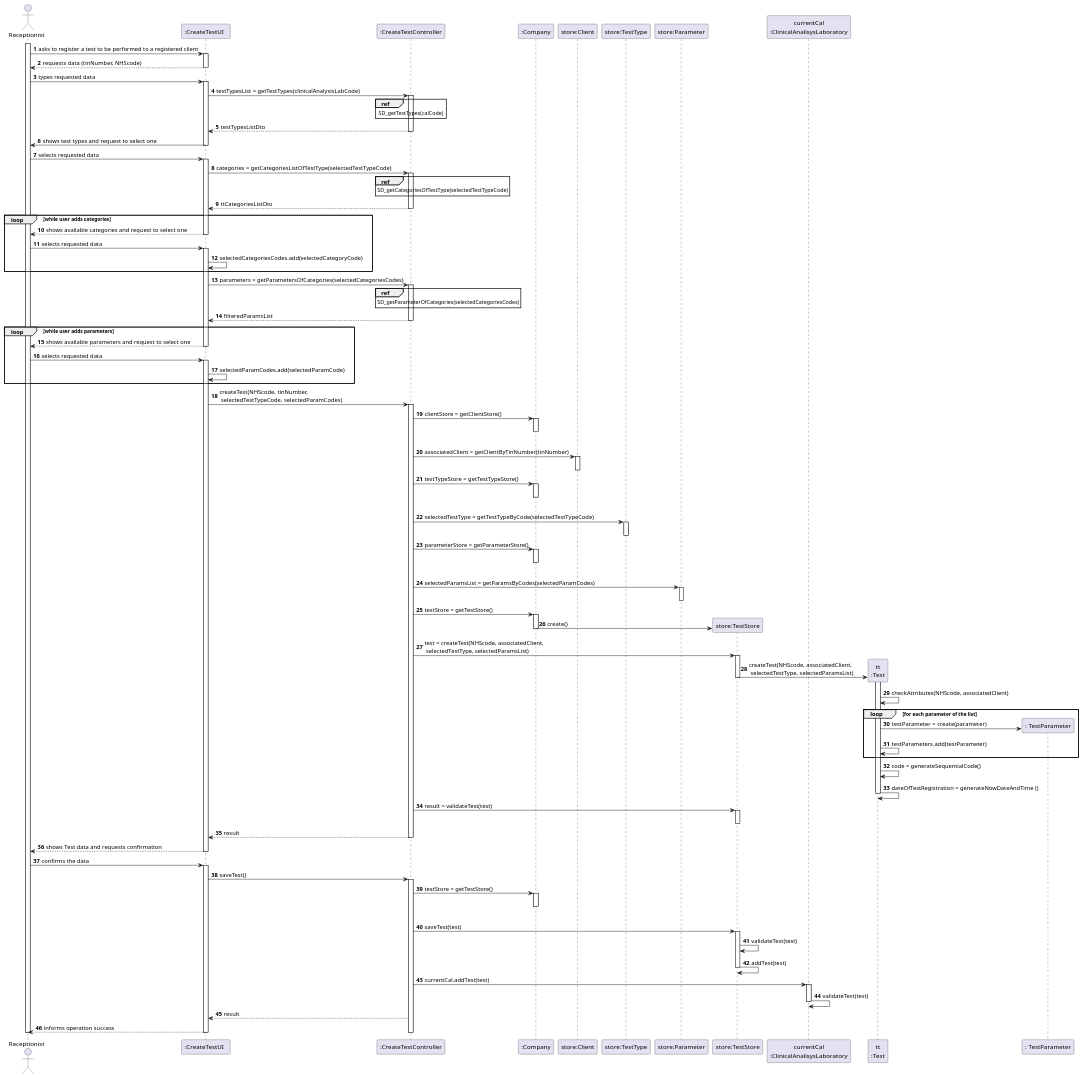
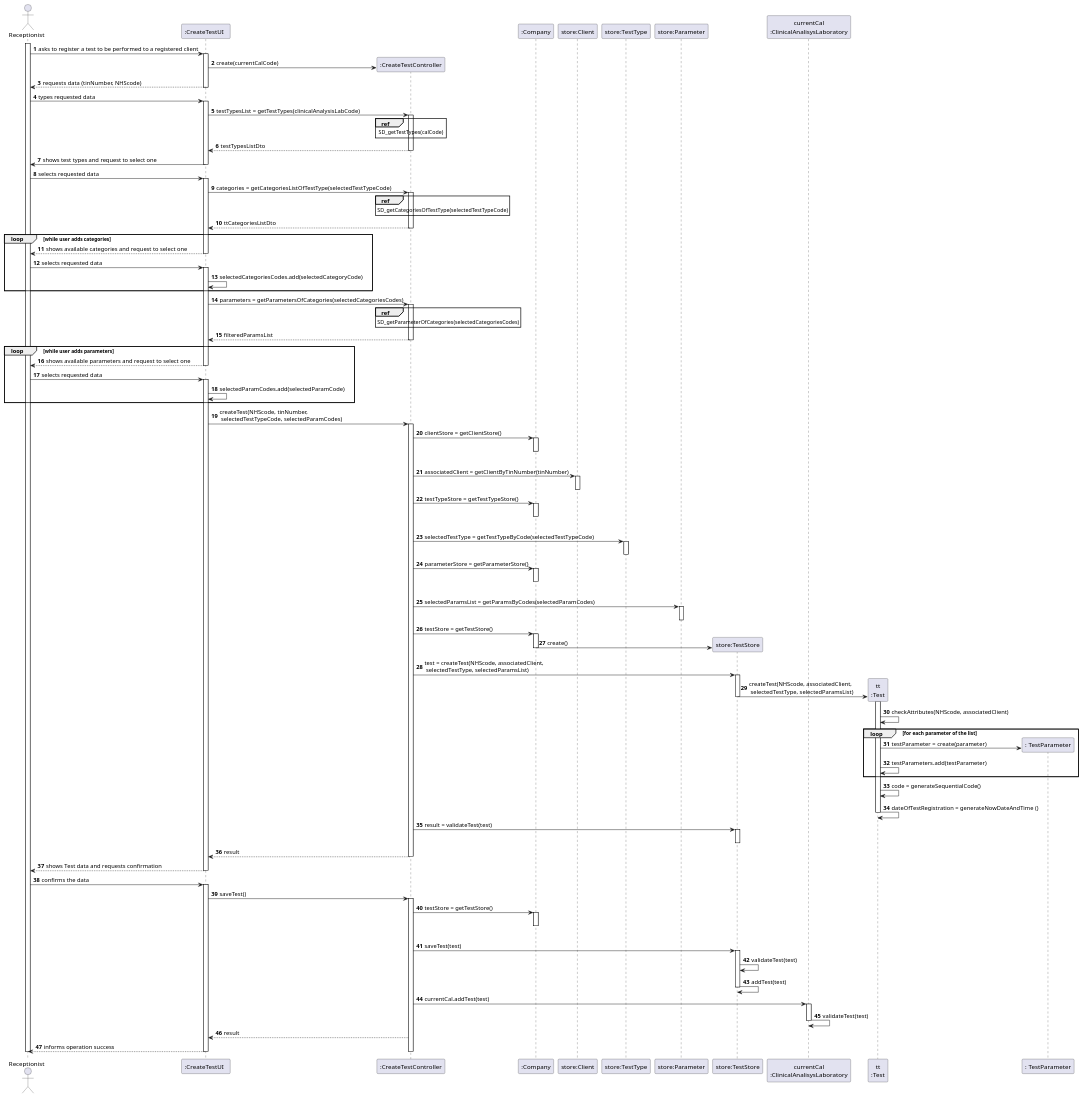
The diagram in docs/SprintD/US_4/US4_SD.puml (ana-albergaria/LAPR2-ISEP), drawn with PlantUML before and after one commit. The commit also changed 12 other files, not shown here.

```diff
--- a/docs/SprintD/US_4/US4_SD.puml
+++ b/docs/SprintD/US_4/US4_SD.puml
@@ -1,189 +1,191 @@
 @startuml
 autonumber
 'hide footbox
 actor "Receptionist" as ADM
 
 participant ":CreateTestUI  " as UI
 participant ":CreateTestController" as CTRL
 participant ":Company" as PLAT
 participant "store:Client" as CLIENT_STORE
 participant "store:TestType" as TEST_TYPE_STORE
 participant "store:Parameter" as PARAM_STORE
 
 /'participant ":Platform" as PLAT'/
 participant "store:TestStore" as ORG
 participant "currentCal\n:ClinicalAnalisysLaboratory" as CAL
 participant "tt\n:Test" as TAREFA
 participant ": TestParameter" as tp
 
 activate ADM
 ADM -> UI : asks to register a test to be performed to a registered client
 activate UI
+
+UI -> CTRL**: create(currentCalCode)
 
 
 UI --> ADM : requests data (tinNumber, NHScode)
 deactivate UI
 
 
 ADM -> UI : types requested data
 activate UI
 UI -> CTRL : testTypesList = getTestTypes(clinicalAnalysisLabCode)
 activate CTRL
 ref over CTRL
 SD_getTestTypes(calCode)
 end
 CTRL --> UI : testTypesListDto
 deactivate CTRL
 UI -> ADM : shows test types and request to select one
 deactivate UI
 
 ADM -> UI : selects requested data
 activate UI
 
 UI -> CTRL : categories = getCategoriesListOfTestType(selectedTestTypeCode)
 activate CTRL
 ref over CTRL
 SD_getCategoriesOfTestType(selectedTestTypeCode)
 end
 
 CTRL --> UI : ttCategoriesListDto
 deactivate CTRL
 
 loop while user adds categories
 UI --> ADM : shows available categories and request to select one
 deactivate PLAT
 deactivate UI
 
 
 ADM -> UI : selects requested data
 activate UI
 UI -> UI : selectedCategoriesCodes.add(selectedCategoryCode)
 end
 
 UI -> CTRL : parameters = getParametersOfCategories(selectedCategoriesCodes)
 activate CTRL
 ref over CTRL
 SD_getParameterOfCategories(selectedCategoriesCodes)
 end
 
 CTRL --> UI : filteredParamsList
 deactivate CTRL
 
 loop while user adds parameters
 UI --> ADM : shows available parameters and request to select one
 deactivate PLAT
 deactivate UI
 
 
 ADM -> UI : selects requested data
 activate UI
 UI -> UI : selectedParamCodes.add(selectedParamCode)
 end
 
 UI -> CTRL : createTest(NHScode, tinNumber,\n selectedTestTypeCode, selectedParamCodes)
 activate CTRL
 CTRL -> PLAT : clientStore = getClientStore()
 activate PLAT
 |||
 deactivate PLAT
 
 
 CTRL -> CLIENT_STORE : associatedClient = getClientByTinNumber(tinNumber)
 activate CLIENT_STORE
 deactivate CLIENT_STORE
 
 
 
 CTRL -> PLAT : testTypeStore = getTestTypeStore()
 activate PLAT
 |||
 deactivate PLAT
 
 CTRL -> TEST_TYPE_STORE : selectedTestType = getTestTypeByCode(selectedTestTypeCode)
 activate TEST_TYPE_STORE
 deactivate TEST_TYPE_STORE
 
 CTRL -> PLAT : parameterStore = getParameterStore()
 activate PLAT
 |||
 deactivate PLAT
 
 CTRL -> PARAM_STORE : selectedParamsList = getParamsByCodes(selectedParamCodes)
 activate PARAM_STORE
 deactivate PARAM_STORE
 
 
 CTRL -> PLAT : testStore = getTestStore()
 activate PLAT
 PLAT -> ORG** : create()
 deactivate PLAT
 
 CTRL -> ORG : test = createTest(NHScode, associatedClient,\n selectedTestType, selectedParamsList)
 activate ORG
 ORG -> TAREFA** : createTest(NHScode, associatedClient,\n selectedTestType, selectedParamsList)
 deactivate ORG
 
 activate TAREFA
 TAREFA -> TAREFA : checkAttributes(NHScode, associatedClient)
 
 
 
 loop for each parameter of the list
 TAREFA -> tp**: testParameter =  create(parameter)
 TAREFA -> TAREFA: testParameters.add(testParameter)
 end
 
 TAREFA -> TAREFA : code = generateSequentialCode()
 
 
 
 
 TAREFA -> TAREFA : dateOfTestRegistration = generateNowDateAndTime ()
 deactivate TAREFA
 
 CTRL -> ORG : result = validateTest(test)
 activate ORG
 deactivate ORG
 
 
 
 CTRL --> UI : result
 deactivate CTRL
 UI --> ADM : shows Test data and requests confirmation
 deactivate PLAT
 deactivate UI
 
 
 ADM -> UI : confirms the data
 activate UI
 UI -> CTRL : saveTest()
 activate CTRL
 CTRL -> PLAT : testStore = getTestStore()
 activate PLAT
 |||
 deactivate PLAT
 
 CTRL -> ORG : saveTest(test)
 activate ORG
 
 ORG -> ORG: validateTest(test)
 ORG -> ORG: addTest(test)
 deactivate ORG
 
 CTRL -> CAL : currentCal.addTest(test)
 activate CAL
 
 CAL -> CAL : validateTest(test)
 
 deactivate CAL
 
 CTRL --> UI: result
 
 UI --> ADM : informs operation success
 deactivate ORG
 deactivate CTRL
 deactivate UI
 
 deactivate ADM
 
 @enduml
```
